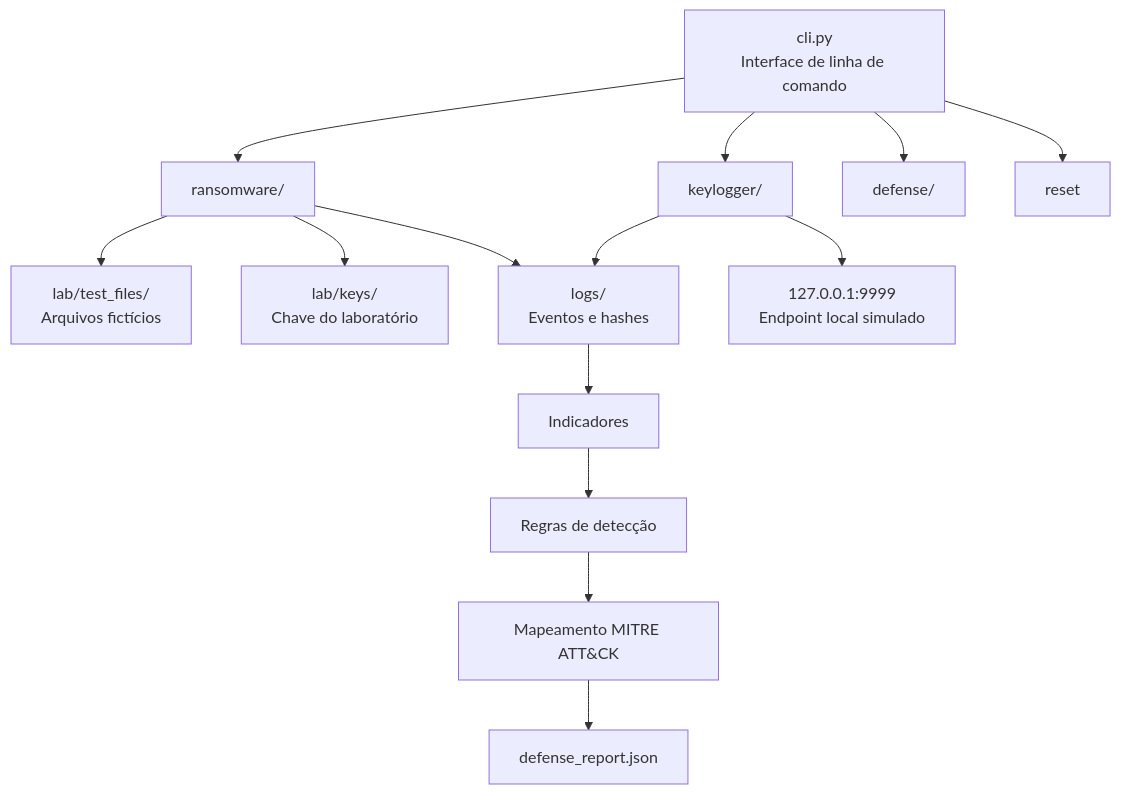
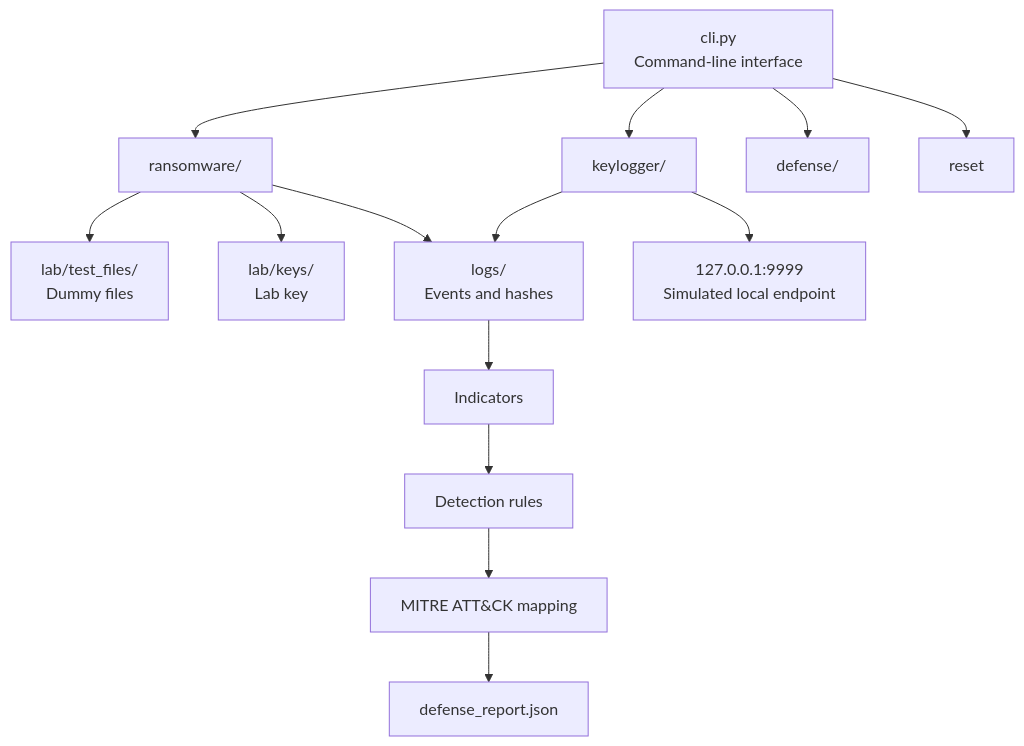
One commit to Ygor-Nassif/simulated-ransomware-keylogger-soc-lab-extended changed the diagram in README.md. Above: the diagram before and after it, drawn with Mermaid. The commit also changed other lines of this file and 1 other file, not shown here.

````diff
--- a/README.md
+++ b/README.md
@@ -94,20 +96,20 @@
 ```mermaid
 flowchart TD
-    CLI["cli.py<br/>Interface de linha de comando"]
+    CLI["cli.py<br/>Command-line interface"]
     CLI --> R["ransomware/"]
     CLI --> K["keylogger/"]
     CLI --> D["defense/"]
     CLI --> X["reset"]
 
-    R --> LAB["lab/test_files/<br/>Arquivos fictícios"]
-    R --> KEYS["lab/keys/<br/>Chave do laboratório"]
-    R --> LOGS["logs/<br/>Eventos e hashes"]
+    R --> LAB["lab/test_files/<br/>Dummy files"]
+    R --> KEYS["lab/keys/<br/>Lab key"]
+    R --> LOGS["logs/<br/>Events and hashes"]
 
     K --> LOGS
-    K --> LOOP["127.0.0.1:9999<br/>Endpoint local simulado"]
+    K --> LOOP["127.0.0.1:9999<br/>Simulated local endpoint"]
 
-    LOGS --> I["Indicadores"]
-    I --> DET["Regras de detecção"]
-    DET --> MITRE["Mapeamento MITRE ATT&CK"]
+    LOGS --> I["Indicators"]
+    I --> DET["Detection rules"]
+    DET --> MITRE["MITRE ATT&CK mapping"]
     MITRE --> REPORT["defense_report.json"]
 ```
````
